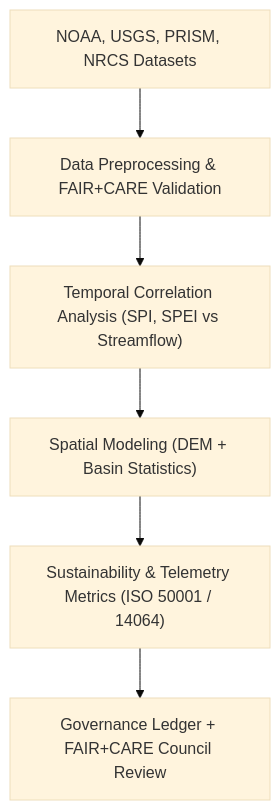
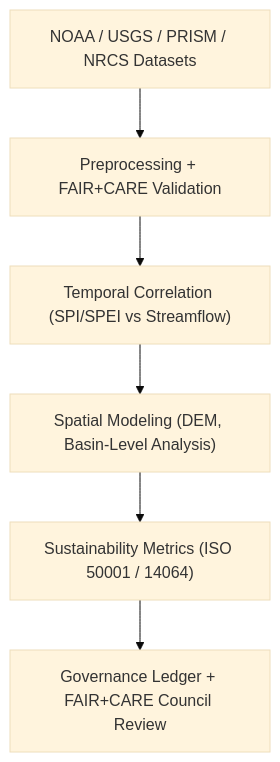
The first of 2 diagrams in docs/analyses/hydrology/README.md (bartytime4life/Kansas-Frontier-Matrix), drawn with Mermaid (base theme) before and after one commit. The commit also changed other lines of this file, not shown here.

````diff
--- a/docs/analyses/hydrology/README.md
+++ b/docs/analyses/hydrology/README.md
@@ -78,8 +81,8 @@
 ```mermaid
 flowchart TD
-A["NOAA, USGS, PRISM, NRCS Datasets"] --> B["Data Preprocessing & FAIR+CARE Validation"]
-B --> C["Temporal Correlation Analysis (SPI, SPEI vs Streamflow)"]
-C --> D["Spatial Modeling (DEM + Basin Statistics)"]
-D --> E["Sustainability & Telemetry Metrics (ISO 50001 / 14064)"]
-E --> F["Governance Ledger + FAIR+CARE Council Review"]
+  A["NOAA / USGS / PRISM / NRCS Datasets"] --> B["Preprocessing + FAIR+CARE Validation"]
+  B --> C["Temporal Correlation (SPI/SPEI vs Streamflow)"]
+  C --> D["Spatial Modeling (DEM, Basin-Level Analysis)"]
+  D --> E["Sustainability Metrics (ISO 50001 / 14064)"]
+  E --> F["Governance Ledger + FAIR+CARE Council Review"]
 ```
````
